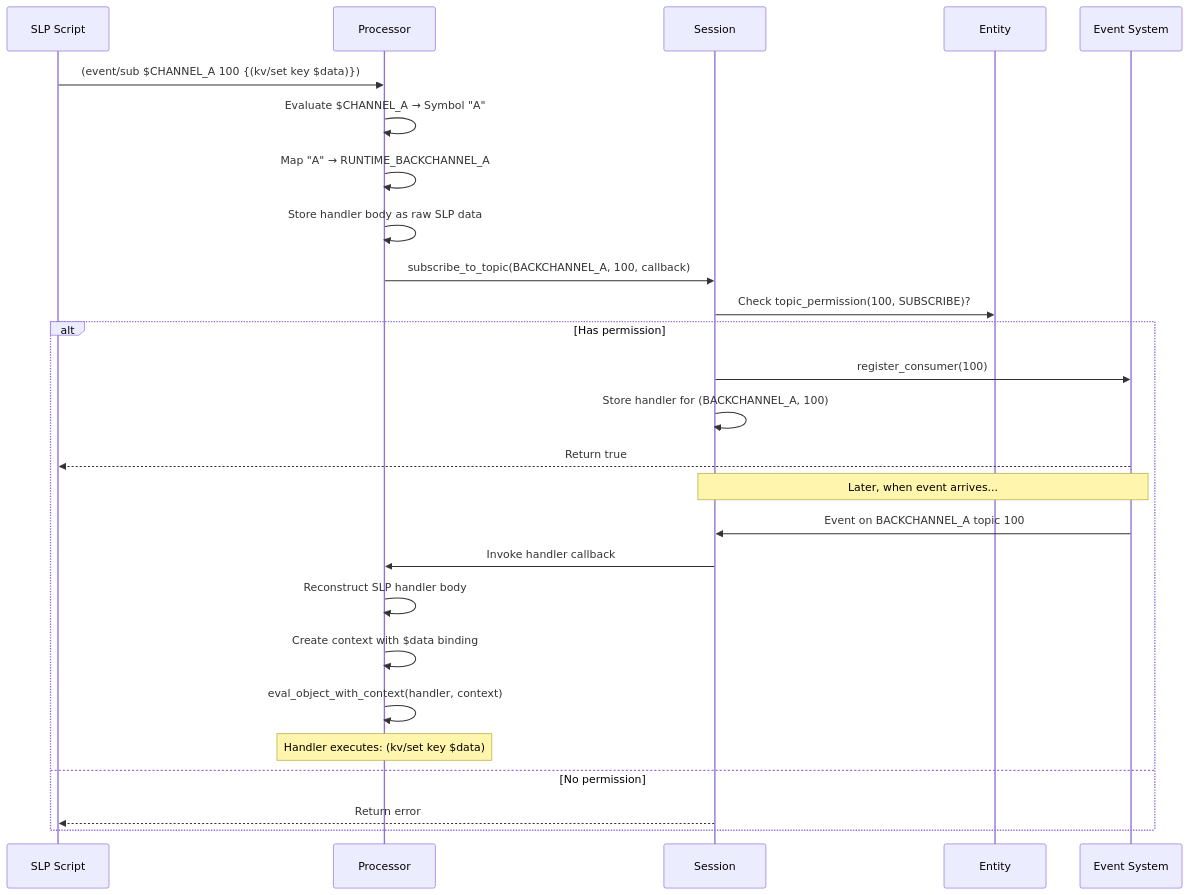
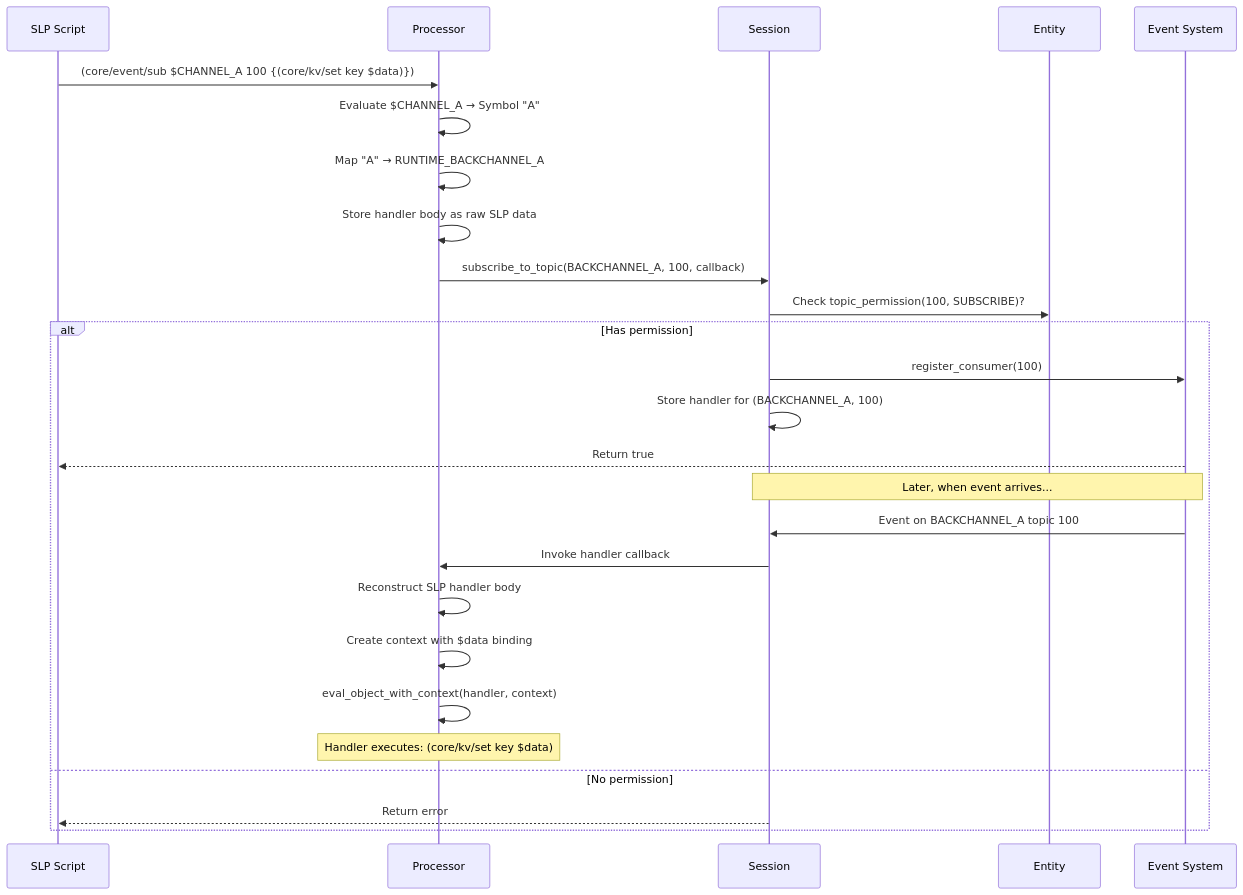
The fifth of 6 diagrams in pkg/runtime/about.md (bosley/sxs), drawn with Mermaid before and after one commit. The commit also changed other lines of this file and 17 other files, not shown here.

````diff
--- a/pkg/runtime/about.md
+++ b/pkg/runtime/about.md
@@ -232,31 +237,31 @@
 ```mermaid
 sequenceDiagram
     participant Script as SLP Script
     participant Proc as Processor
     participant Sess as Session
     participant Entity as Entity
     participant ES as Event System
     
-    Script->>Proc: (event/sub $CHANNEL_A 100 {(kv/set key $data)})
+    Script->>Proc: (core/event/sub $CHANNEL_A 100 {(core/kv/set key $data)})
     Proc->>Proc: Evaluate $CHANNEL_A → Symbol "A"
     Proc->>Proc: Map "A" → RUNTIME_BACKCHANNEL_A
     Proc->>Proc: Store handler body as raw SLP data
     Proc->>Sess: subscribe_to_topic(BACKCHANNEL_A, 100, callback)
     Sess->>Entity: Check topic_permission(100, SUBSCRIBE)?
     
     alt Has permission
         Sess->>ES: register_consumer(100)
         Sess->>Sess: Store handler for (BACKCHANNEL_A, 100)
         ES-->>Script: Return true
         
         Note over ES,Sess: Later, when event arrives...
         ES->>Sess: Event on BACKCHANNEL_A topic 100
         Sess->>Proc: Invoke handler callback
         Proc->>Proc: Reconstruct SLP handler body
         Proc->>Proc: Create context with $data binding
         Proc->>Proc: eval_object_with_context(handler, context)
-        Note over Proc: Handler executes: (kv/set key $data)
+        Note over Proc: Handler executes: (core/kv/set key $data)
     else No permission
         Sess-->>Script: Return error
     end
 ```
````
